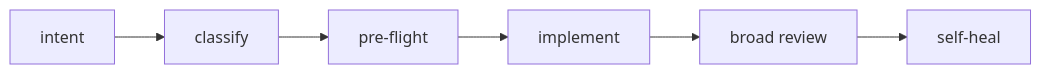
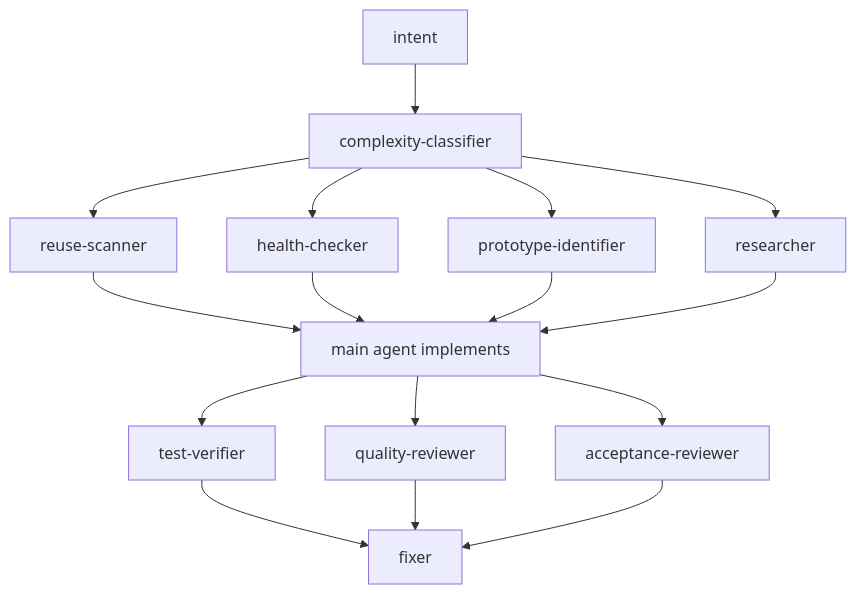
Before and after one commit to alp82/alp-river: the second of 4 diagrams in README.md, drawn with Mermaid. The commit also changed other lines of this file, not shown here.

Commit message:
diagrams

````diff
--- a/README.md
+++ b/README.md
@@ -30,5 +32,8 @@
 ```mermaid
-flowchart LR
-    intent --> classify --> preflight[pre-flight] --> implement
-    implement --> review[broad review] --> heal[self-heal]
+flowchart TB
+    intent --> classify[complexity-classifier]
+    classify --> reuse[reuse-scanner] & health[health-checker] & proto[prototype-identifier] & rsrch[researcher]
+    reuse & health & proto & rsrch --> impl[main agent implements]
+    impl --> test[test-verifier] & quality[quality-reviewer] & accept[acceptance-reviewer]
+    test & quality & accept --> heal[fixer]
 ```
````
